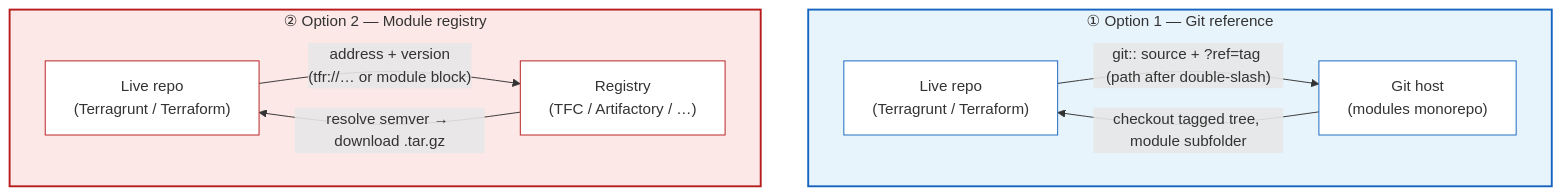
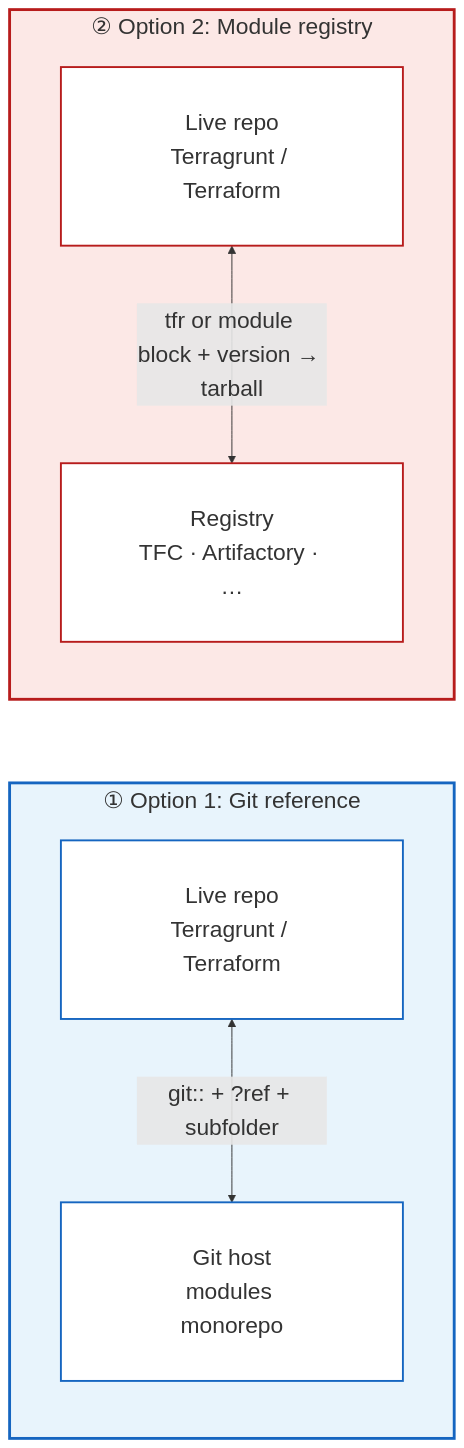
The diagram in content/posts/tech-logs/part-4-git-tags-vs-registry.md (salsiy/bohobot), drawn with Mermaid before and after one commit. The commit also changed other lines of this file, not shown here.

Commit message:
docs: refine part 4 mermaid diagram

```diff
--- a/content/posts/tech-logs/part-4-git-tags-vs-registry.md
+++ b/content/posts/tech-logs/part-4-git-tags-vs-registry.md
@@ -23,26 +24,25 @@
 {{< mermaid >}}
-%% Option 1 appears first (top); Option 2 below — matches article order
-flowchart TB
-    subgraph Opt1 ["① Option 1 — Git reference"]
-        direction LR
-        L1["Live repo\n(Terragrunt / Terraform)"]
-        VCS["Git host\n(modules monorepo)"]
-        L1 -->|"git:: source + ?ref=tag (path after double-slash)"| VCS
-        VCS -->|"checkout tagged tree, module subfolder"| L1
+%%{init: {"themeVariables": {"fontSize": "24px", "fontFamily": "system-ui, Segoe UI, sans-serif", "primaryTextColor": "#111", "primaryBorderColor": "#444"}, "flowchart": {"nodeSpacing": 88, "rankSpacing": 96, "padding": 40, "curve": "basis", "htmlLabels": true}}}%%
+%% Option 1 left, Option 2 right (LR; ltr shortcode avoids RTL mirror)
+flowchart LR
+    subgraph Opt1 ["① Option 1: Git reference"]
+        direction TB
+        L1["Live repo<br/>Terragrunt / Terraform"]
+        VCS["Git host<br/>modules monorepo"]
+        L1 <-->|"git:: + ?ref + subfolder"| VCS
     end
 
-    subgraph Opt2 ["② Option 2 — Module registry"]
-        direction LR
-        L2["Live repo\n(Terragrunt / Terraform)"]
-        REG["Registry\n(TFC / Artifactory / …)"]
-        L2 -->|"address + version\n(tfr://… or module block)"| REG
-        REG -->|"resolve semver → download .tar.gz"| L2
+    subgraph Opt2 ["② Option 2: Module registry"]
+        direction TB
+        L2["Live repo<br/>Terragrunt / Terraform"]
+        REG["Registry<br/>TFC · Artifactory · …"]
+        L2 <-->|"tfr or module block + version → tarball"| REG
     end
 
-    style Opt1 fill:#e8f4fc,stroke:#1565c0,stroke-width:2px
-    style Opt2 fill:#fce8e6,stroke:#b71c1c,stroke-width:2px
-    style L1 fill:#fff,stroke:#1565c0
-    style VCS fill:#fff,stroke:#1565c0
-    style L2 fill:#fff,stroke:#b71c1c
-    style REG fill:#fff,stroke:#b71c1c
+    style Opt1 fill:#e8f4fc,stroke:#1565c0,stroke-width:3px
+    style Opt2 fill:#fce8e6,stroke:#b71c1c,stroke-width:3px
+    style L1 fill:#fff,stroke:#1565c0,stroke-width:2px
+    style VCS fill:#fff,stroke:#1565c0,stroke-width:2px
+    style L2 fill:#fff,stroke:#b71c1c,stroke-width:2px
+    style REG fill:#fff,stroke:#b71c1c,stroke-width:2px
 {{< /mermaid >}}
```
